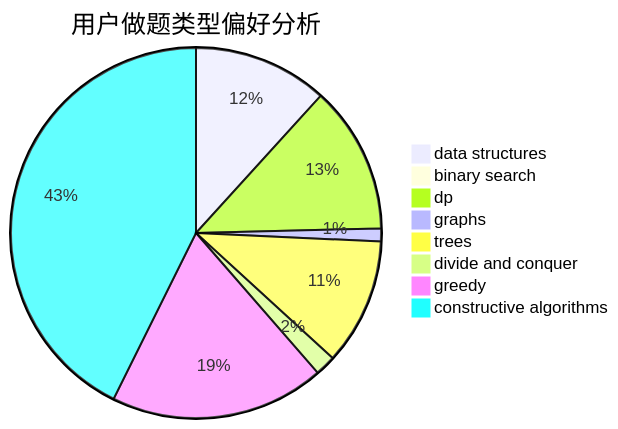
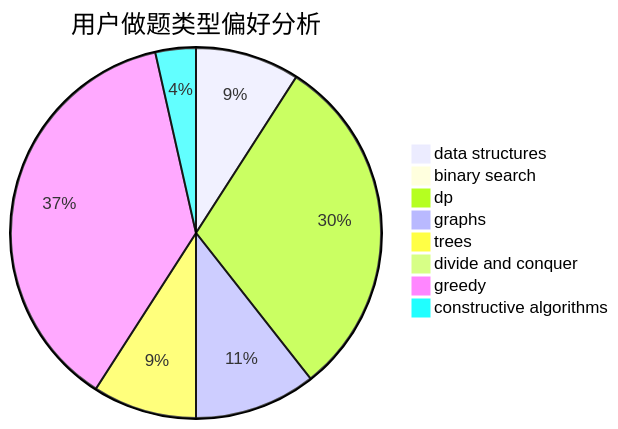
Before and after one commit to sherpahu/cfrs.github.io: the second of 3 diagrams in docs/user/u2155.md, drawn with Mermaid. The commit also changed other lines of this file and 2770 other files, not shown here.

````diff
--- a/docs/user/u2155.md
+++ b/docs/user/u2155.md
@@ -23,11 +23,11 @@
 ```mermaid
 pie title 用户做题类型偏好分析
-    "data structures" :  52
+    "data structures" :  18
     "binary search" :  1
-    "dp" :  57
-    "graphs" :  5
-    "trees" :  49
-    "divide and conquer" :  8
-    "greedy" :  83
-    "constructive algorithms" :  189
+    "dp" :  60
+    "graphs" :  21
+    "trees" :  18
+    "divide and conquer" :  0
+    "greedy" :  74
+    "constructive algorithms" :  7
 ```
````
